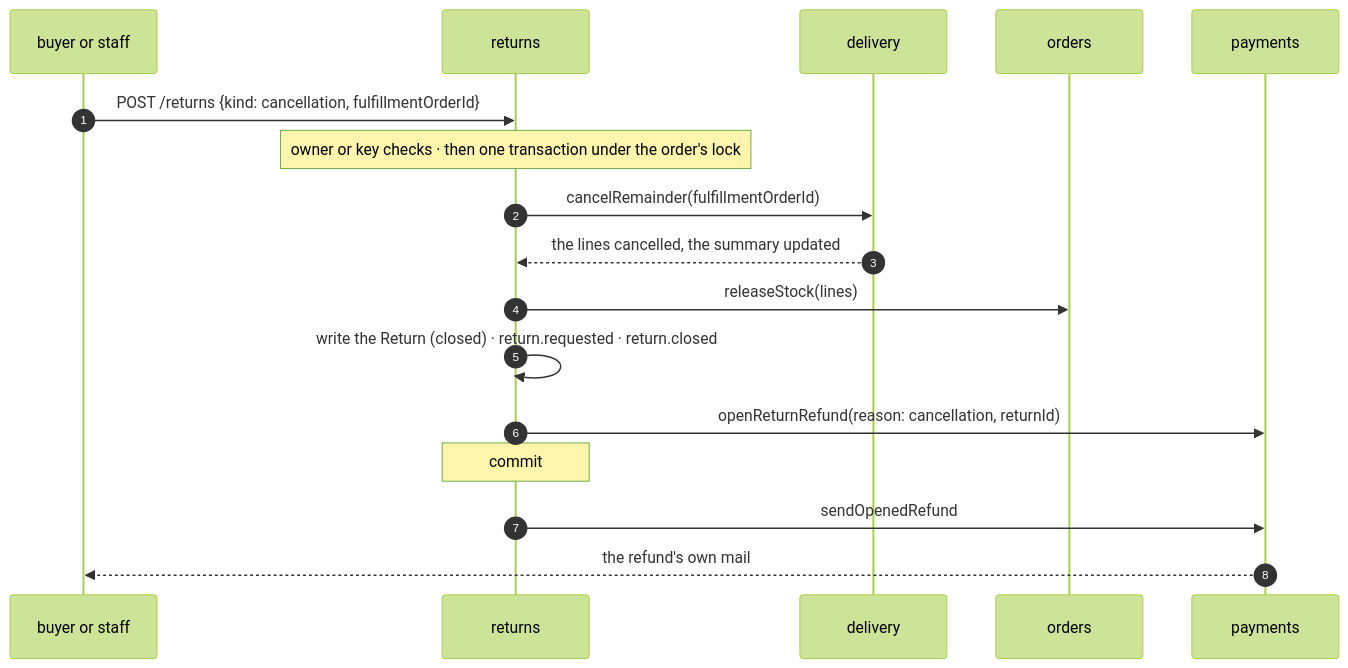
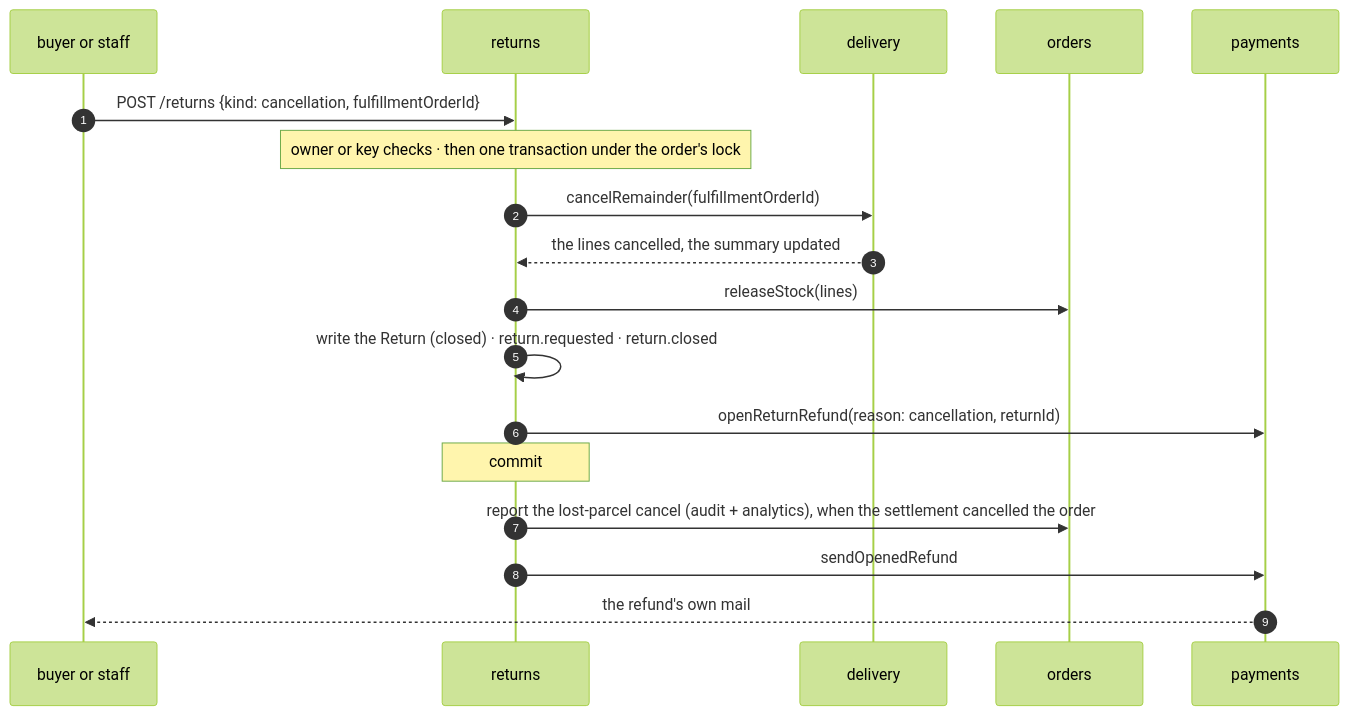
Before and after one commit to Guebbit/boilerplate-node-backend: the sixth of 6 diagrams in docs/modules/returns.md, drawn with Mermaid (forest theme). The commit also changed other lines of this file and 5 other files, not shown here.

First line of the commit message:
refactor(delivery): name the lost-cancel callback reportCancelled at every layer

````diff
--- a/docs/modules/returns.md
+++ b/docs/modules/returns.md
@@ -509,19 +511,20 @@
 ```mermaid
 sequenceDiagram
     autonumber
     participant C as buyer or staff
     participant R as returns
     participant D as delivery
     participant O as orders
     participant P as payments
     C->>R: POST /returns {kind: cancellation, fulfillmentOrderId}
     Note over R: owner or key checks · then one transaction under the order's lock
     R->>D: cancelRemainder(fulfillmentOrderId)
     D-->>R: the lines cancelled, the summary updated
     R->>O: releaseStock(lines)
     R->>R: write the Return (closed) · return.requested · return.closed
     R->>P: openReturnRefund(reason: cancellation, returnId)
     Note over R: commit
+    R->>O: report the lost-parcel cancel (audit + analytics), when the settlement cancelled the order
     R->>P: sendOpenedRefund
     P-->>C: the refund's own mail
 ```
````
